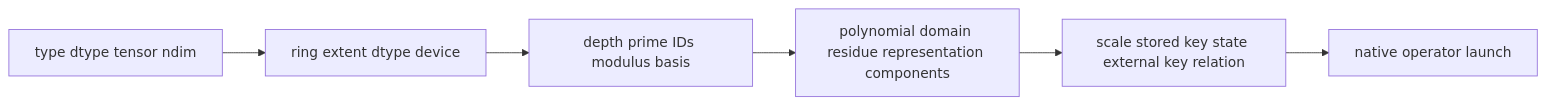
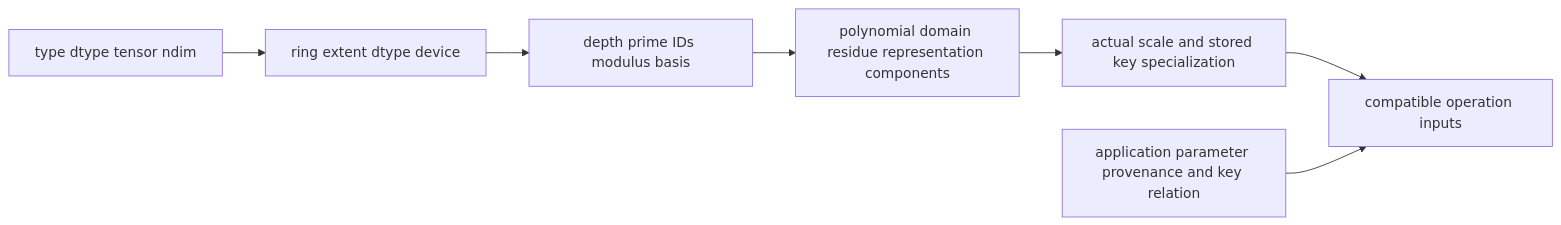
One commit to visualDust/fhelium changed the third of 3 diagrams in docs/concepts/ckks/value-model-and-identity.md. Above: the diagram before and after it, drawn with Mermaid. The commit also changed other lines of this file and 426 other files, not shown here.

````diff
--- a/docs/concepts/ckks/value-model-and-identity.md
+++ b/docs/concepts/ckks/value-model-and-identity.md
@@ -177,10 +167,12 @@
 ```mermaid
 graph LR
     A[type dtype tensor ndim]
     B[ring extent dtype device]
     C[depth prime IDs modulus basis]
     D[polynomial domain residue representation components]
-    E[scale stored key state external key relation]
-    K[native operator launch]
+    E[actual scale and stored key specialization]
+    F[application parameter provenance and key relation]
+    K[compatible operation inputs]
     A --> B --> C --> D --> E --> K
+    F --> K
 ```
````
